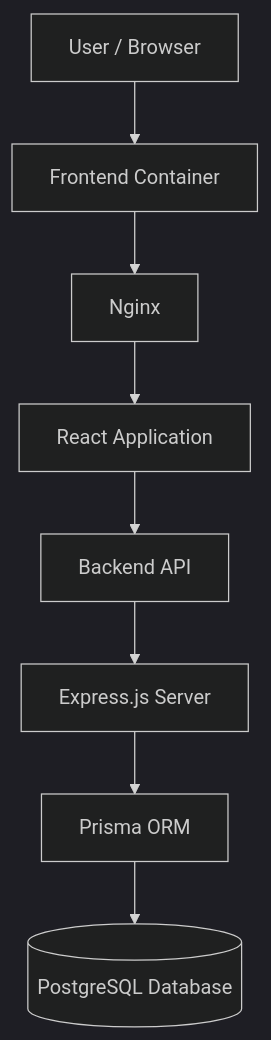
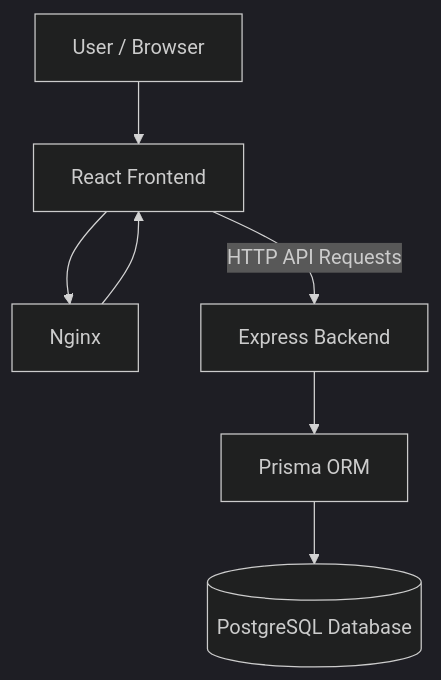
The first of 2 diagrams in README.md (MugdhaDawkhar16/PeerRent-DevOps), drawn with Mermaid (dark theme) before and after one commit. The commit also changed other lines of this file, not shown here.

````diff
--- a/README.md
+++ b/README.md
@@ -102,10 +159,9 @@
 ```mermaid
 flowchart TD
-    A[User / Browser] --> B[Frontend Container]
-    B --> C[Nginx]
-    C --> D[React Application]
-    D --> E[Backend API]
-    E --> F[Express.js Server]
-    F --> G[Prisma ORM]
-    G --> H[(PostgreSQL Database)]
+    U[User / Browser] --> F[React Frontend]
+    F --> N[Nginx]
+    N --> F
+    F -->|HTTP API Requests| B[Express Backend]
+    B --> P[Prisma ORM]
+    P --> D[(PostgreSQL Database)]
 ```
````
